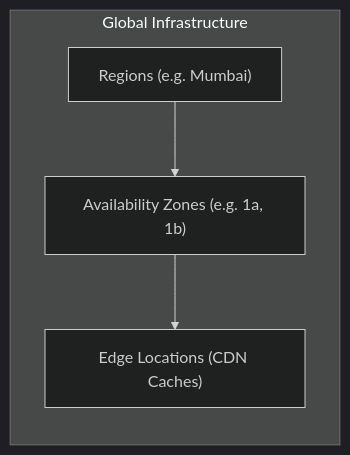
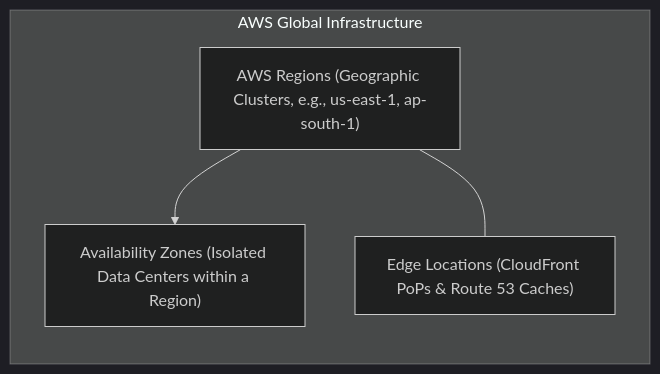
One commit to ankur3-101106/portfolio changed the fifth of 5 diagrams in docs/Sem-5/Theory/Open Elective/AWS Fundamental/u1.mdx. Above: the diagram before and after it, drawn with Mermaid (dark theme). The commit also changed other lines of this file and 5 other files, not shown here.

````diff
--- a/docs/Sem-5/Theory/Open Elective/AWS Fundamental/u1.mdx
+++ b/docs/Sem-5/Theory/Open Elective/AWS Fundamental/u1.mdx
@@ -173,7 +251,11 @@
 ```mermaid
-flowchart LR
-    subgraph Global Infrastructure
-    Region["Regions (e.g. Mumbai)"] --> AZ["Availability Zones (e.g. 1a, 1b)"]
-    AZ --> Edge["Edge Locations (CDN Caches)"]
+flowchart TD
+    subgraph GlobalInfra ["AWS Global Infrastructure"]
+    direction TB
+    Reg["AWS Regions (Geographic Clusters, e.g., us-east-1, ap-south-1)"]
+    AZ["Availability Zones (Isolated Data Centers within a Region)"]
+    Edge["Edge Locations (CloudFront PoPs & Route 53 Caches)"]
+    Reg --> AZ
+    Reg --- Edge
     end
 ```
````
